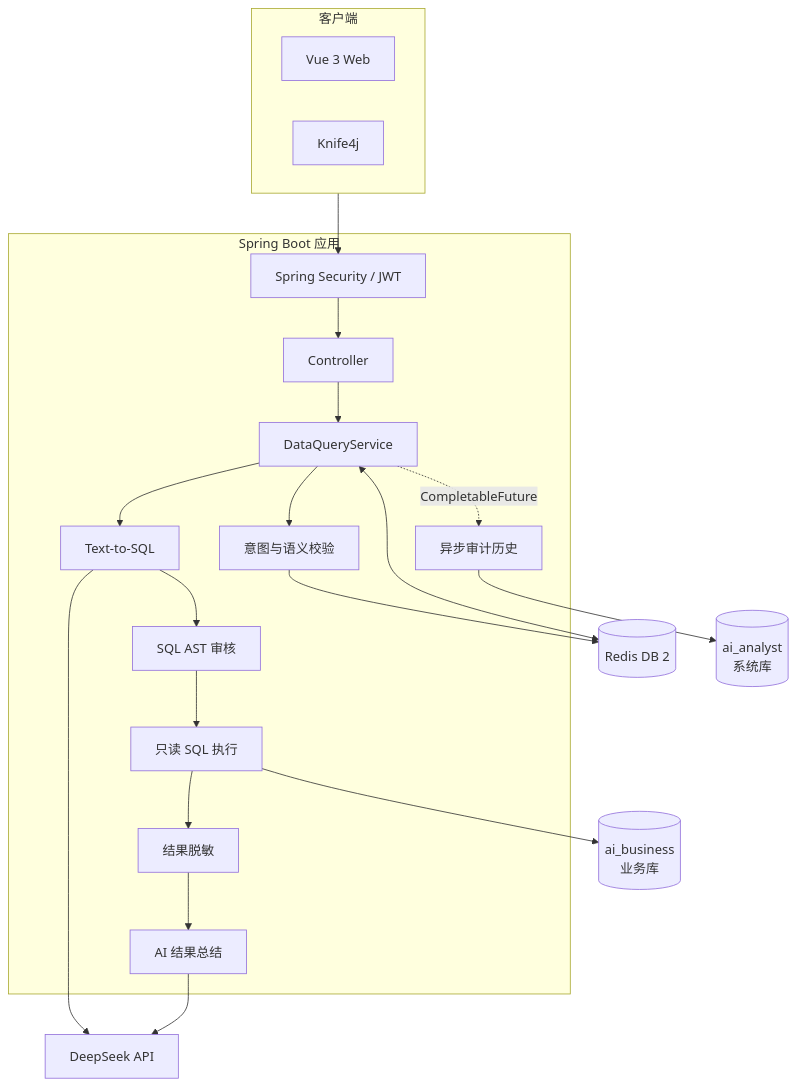
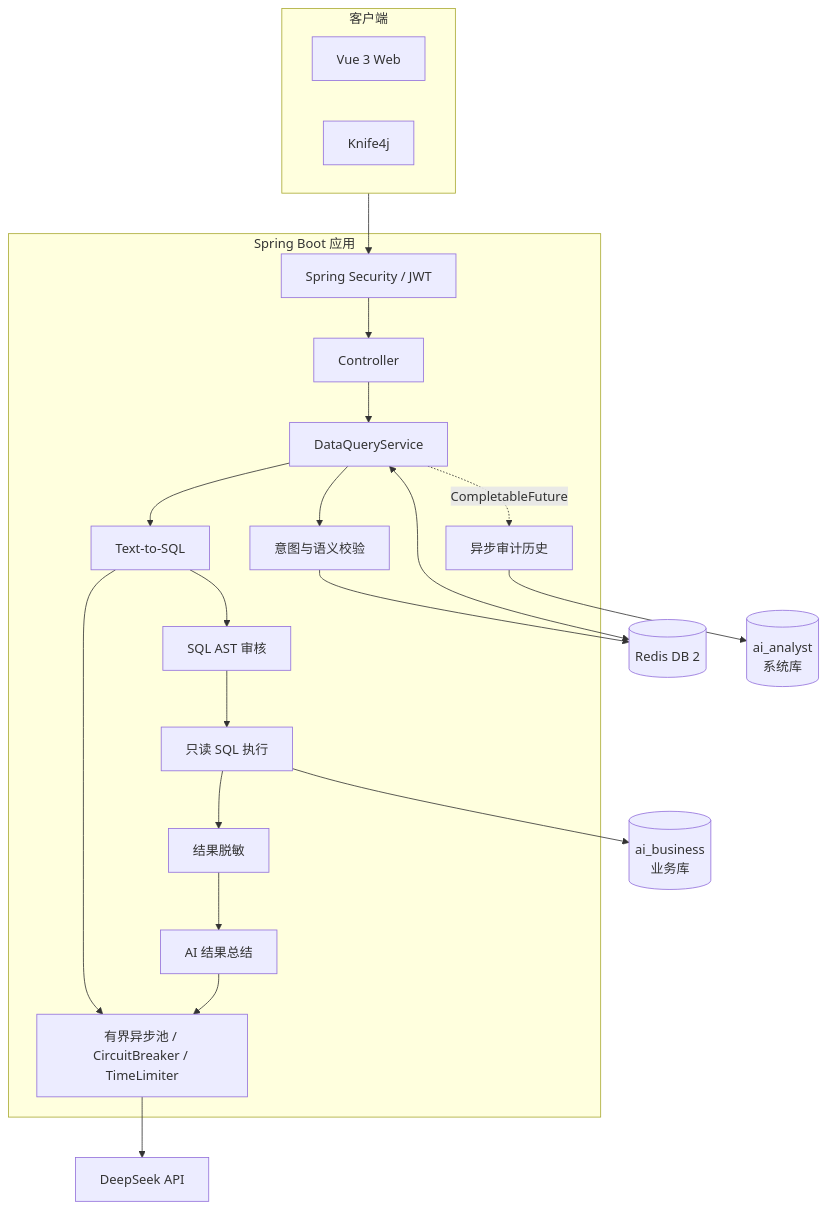
One commit to Bichuan/1-mysql-ai-analyst-ai-business changed the first of 3 diagrams in docs/architecture.md. Above: the diagram before and after it, drawn with Mermaid. The commit also changed other lines of this file and 30 other files, not shown here.

````diff
--- a/docs/architecture.md
+++ b/docs/architecture.md
@@ -11,33 +11,34 @@
 ```mermaid
 flowchart TB
     subgraph Client[客户端]
         Web[Vue 3 Web]
         Doc[Knife4j]
     end
 
     subgraph Application[Spring Boot 应用]
         Security[Spring Security / JWT]
         Controller[Controller]
         Orchestrator[DataQueryService]
         Guard[意图与语义校验]
         Text2SQL[Text-to-SQL]
         Audit[SQL AST 审核]
         Execute[只读 SQL 执行]
         Mask[结果脱敏]
         Summary[AI 结果总结]
+        Resilience[有界异步池 / CircuitBreaker / TimeLimiter]
         History[异步审计历史]
     end
 
     Redis[(Redis DB 2)]
     SystemDB[(ai_analyst\n系统库)]
     BusinessDB[(ai_business\n业务库)]
     LLM[DeepSeek API]
 
     Client --> Security --> Controller --> Orchestrator
     Orchestrator --> Guard --> Redis
-    Orchestrator --> Text2SQL --> LLM
+    Orchestrator --> Text2SQL --> Resilience --> LLM
     Text2SQL --> Audit --> Execute --> BusinessDB
-    Execute --> Mask --> Summary --> LLM
+    Execute --> Mask --> Summary --> Resilience
     Orchestrator -. CompletableFuture .-> History --> SystemDB
     Orchestrator <--> Redis
 ```
````
